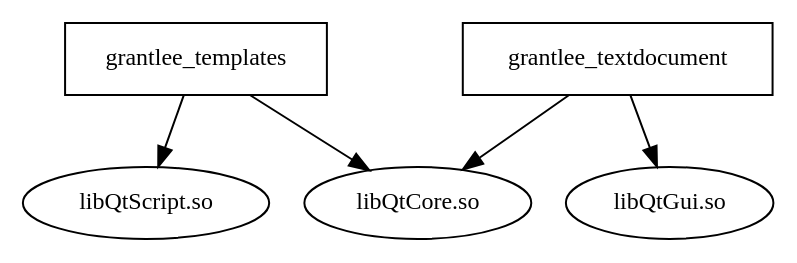
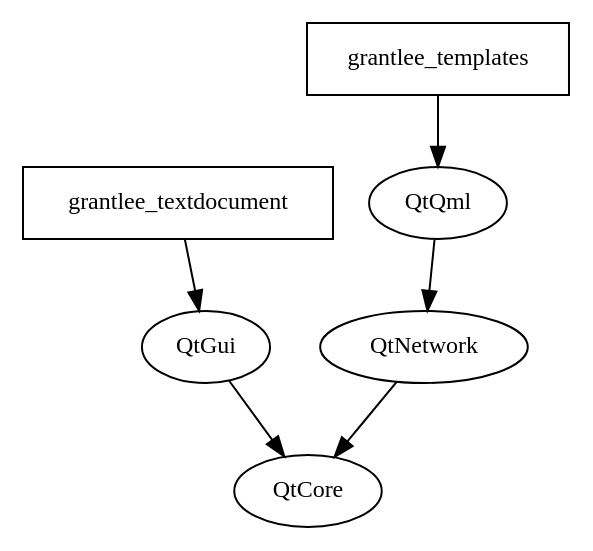
Before and after one commit to steveire/grantlee: the diagram in dox/moduledeps.dot, drawn with Graphviz.

Commit message:
Update dependency diagram to show QtQml dependency

```diff
--- a/dox/moduledeps.dot
+++ b/dox/moduledeps.dot
@@ -1,14 +1,16 @@
 digraph GG {
   node [
     fontsize = "12"
   ];
-  "node27" [ label="libQtCore.so" shape="ellipse"];
-  "node30" [ label="libQtGui.so" shape="ellipse"];
-  "node28" [ label="libQtScript.so" shape="ellipse"];
+  "node27" [ label="QtCore" shape="ellipse"];
+  "node30" [ label="QtGui" shape="ellipse"];
+  "node28" [ label="QtQml" shape="ellipse"];
+  "node29" [ label="QtNetwork" shape="ellipse"];
   "node2" [ label="grantlee_templates" shape="polygon"];
   "node19" [ label="grantlee_textdocument" shape="polygon"];
-  "node2" -> "node27"
   "node2" -> "node28"
-  "node19" -> "node27"
   "node19" -> "node30"
+  "node28" -> "node29"
+  "node29" -> "node27"
+  "node30" -> "node27"
 }
```
